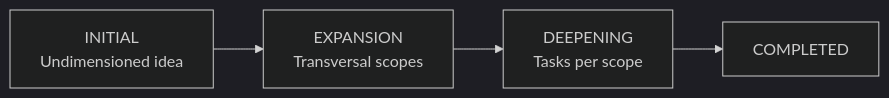
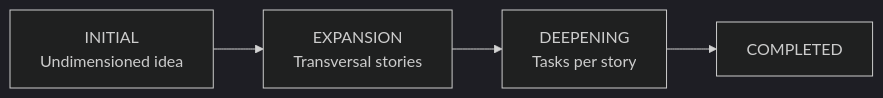
One commit to cmartinezs/grade-ops-ai changed the diagram in .planning/GUIDE.md. Above: the diagram before and after it, drawn with Mermaid (dark theme). The commit also changed other lines of this file and 233 other files, not shown here.

````diff
--- a/.planning/GUIDE.md
+++ b/.planning/GUIDE.md
@@ -13,6 +45,6 @@
 ```mermaid
 flowchart LR
-    A[INITIAL\nUndimensioned idea] --> B[EXPANSION\nTransversal scopes]
-    B --> C[DEEPENING\nTasks per scope]
+    A[INITIAL\nUndimensioned idea] --> B[EXPANSION\nTransversal stories]
+    B --> C[DEEPENING\nTasks per story]
     C --> D[COMPLETED]
 ```
````
